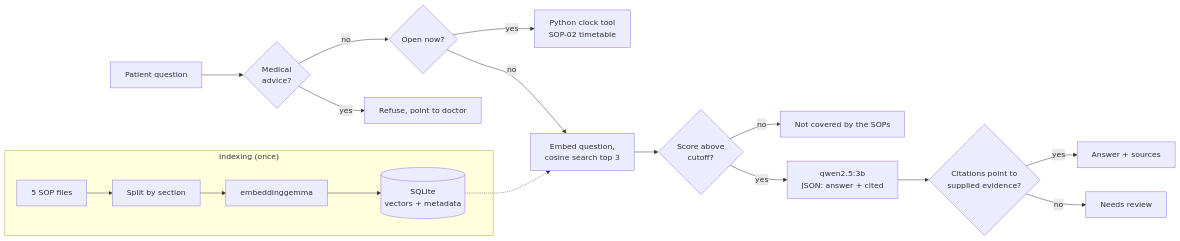
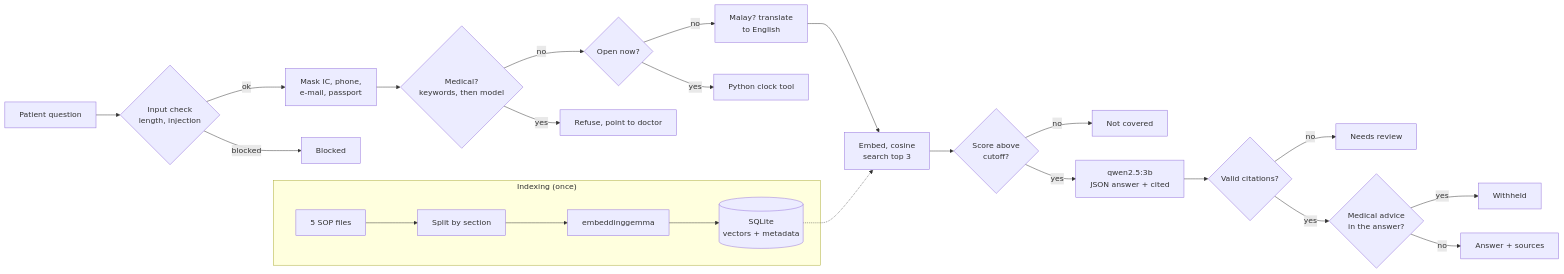
One commit to amirulfahmiii920-beep/clinic-procedure-assistant changed the diagram in README.md. Above: the diagram before and after it, drawn with Mermaid. The commit also changed other lines of this file and 16 other files, not shown here.

First line of the commit message:
Add safety layers and Malay question support

````diff
--- a/README.md
+++ b/README.md
@@ -41,16 +53,21 @@
 ```mermaid
 flowchart LR
     subgraph Indexing["Indexing (once)"]
         A[5 SOP files] --> B[Split by section] --> C[embeddinggemma] --> D[(SQLite<br/>vectors + metadata)]
     end
-    Q[Patient question] --> G{Medical<br/>advice?}
+    Q[Patient question] --> I{Input check<br/>length, injection}
+    I -- blocked --> X[Blocked]
+    I -- ok --> P[Mask IC, phone,<br/>e-mail, passport]
+    P --> G{Medical?<br/>keywords, then model}
     G -- yes --> R1[Refuse, point to doctor]
     G -- no --> H{"Open now?"}
-    H -- yes --> T[Python clock tool<br/>SOP-02 timetable]
-    H -- no --> S[Embed question,<br/>cosine search top 3] --> K{Score above<br/>cutoff?}
+    H -- yes --> T[Python clock tool]
+    H -- no --> M[Malay? translate<br/>to English] --> S[Embed, cosine<br/>search top 3] --> K{Score above<br/>cutoff?}
     D -.-> S
-    K -- no --> N[Not covered by the SOPs]
-    K -- yes --> L[qwen2.5:3b<br/>JSON: answer + cited] --> V{Citations point to<br/>supplied evidence?}
-    V -- yes --> OK[Answer + sources]
+    K -- no --> N[Not covered]
+    K -- yes --> L[qwen2.5:3b<br/>JSON answer + cited] --> V{Valid citations?}
     V -- no --> U[Needs review]
+    V -- yes --> O{Medical advice<br/>in the answer?}
+    O -- yes --> W[Withheld]
+    O -- no --> OK[Answer + sources]
 ```
````
